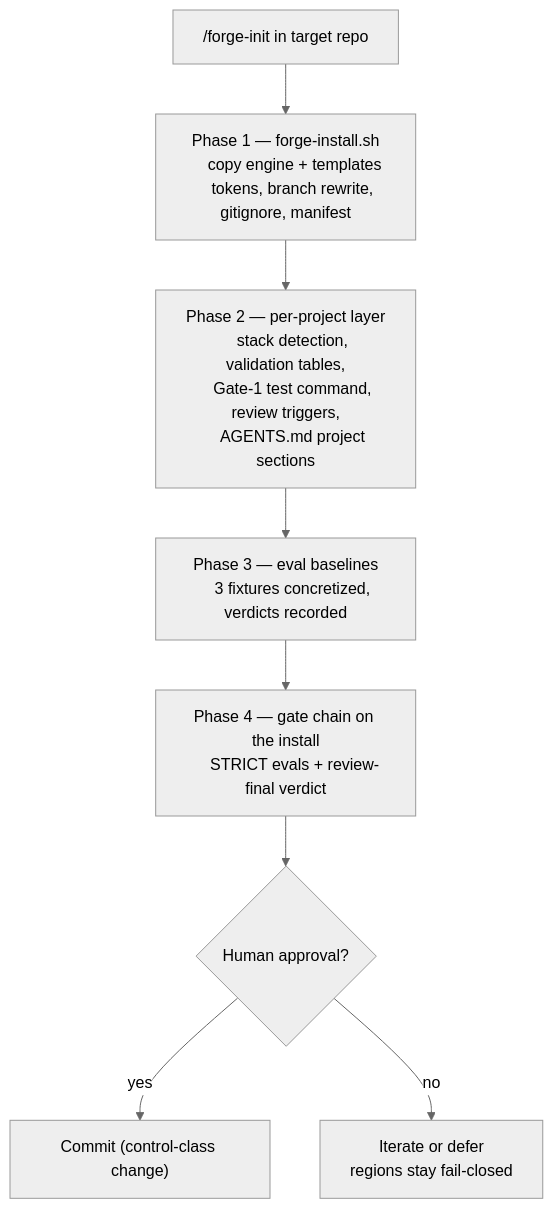
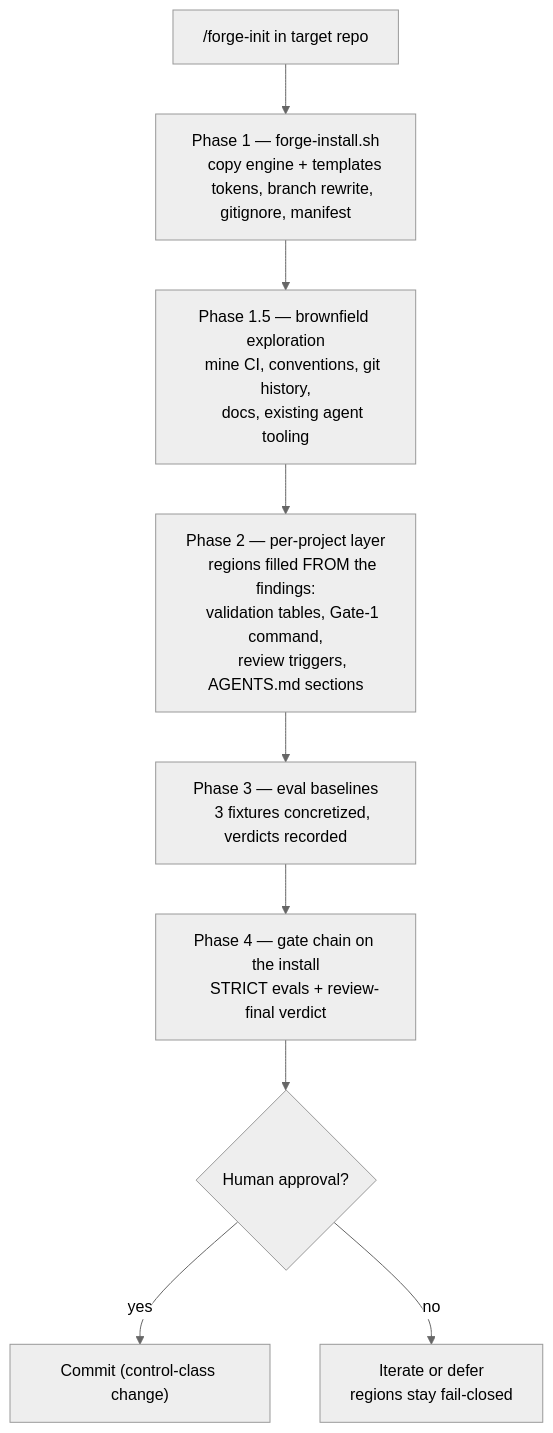
One commit to nixlim/forge changed the second of 8 diagrams in OPERATING-MANUAL.md. Above: the diagram before and after it, drawn with Mermaid (neutral theme). The commit also changed other lines of this file and 3 other files, not shown here.

First line of the commit message:
Add brownfield exploration phase to /forge-init

````diff
--- a/OPERATING-MANUAL.md
+++ b/OPERATING-MANUAL.md
@@ -63,18 +63,21 @@
 ```mermaid
 flowchart TD
     A["/forge-init in target repo"] --> B["Phase 1 — forge-install.sh
     copy engine + templates
     tokens, branch rewrite, gitignore, manifest"]
-    B --> C["Phase 2 — per-project layer
-    stack detection, validation tables,
-    Gate-1 test command, review triggers,
-    AGENTS.md project sections"]
+    B --> BE["Phase 1.5 — brownfield exploration
+    mine CI, conventions, git history,
+    docs, existing agent tooling"]
+    BE --> C["Phase 2 — per-project layer
+    regions filled FROM the findings:
+    validation tables, Gate-1 command,
+    review triggers, AGENTS.md sections"]
     C --> D["Phase 3 — eval baselines
     3 fixtures concretized, verdicts recorded"]
     D --> E["Phase 4 — gate chain on the install
     STRICT evals + review-final verdict"]
     E --> F{"Human approval?"}
     F -->|yes| G["Commit (control-class change)"]
     F -->|no| H["Iterate or defer
     regions stay fail-closed"]
 ```
````
